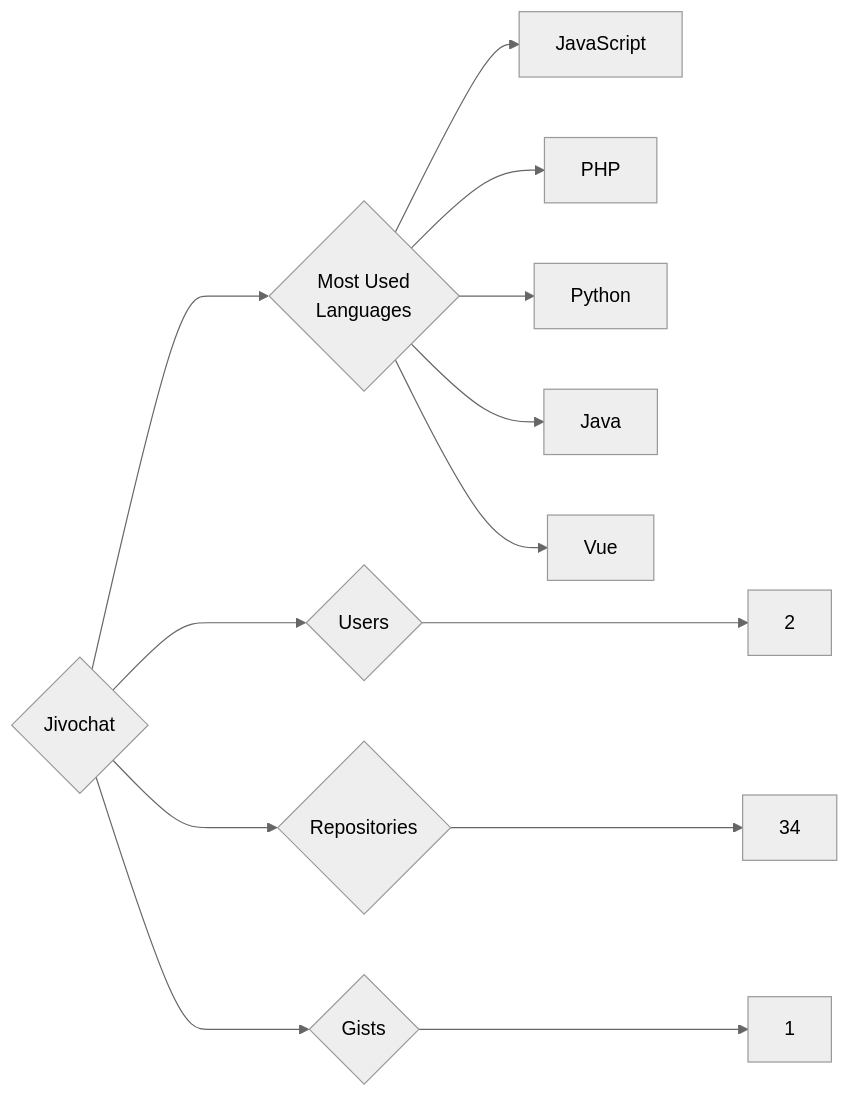
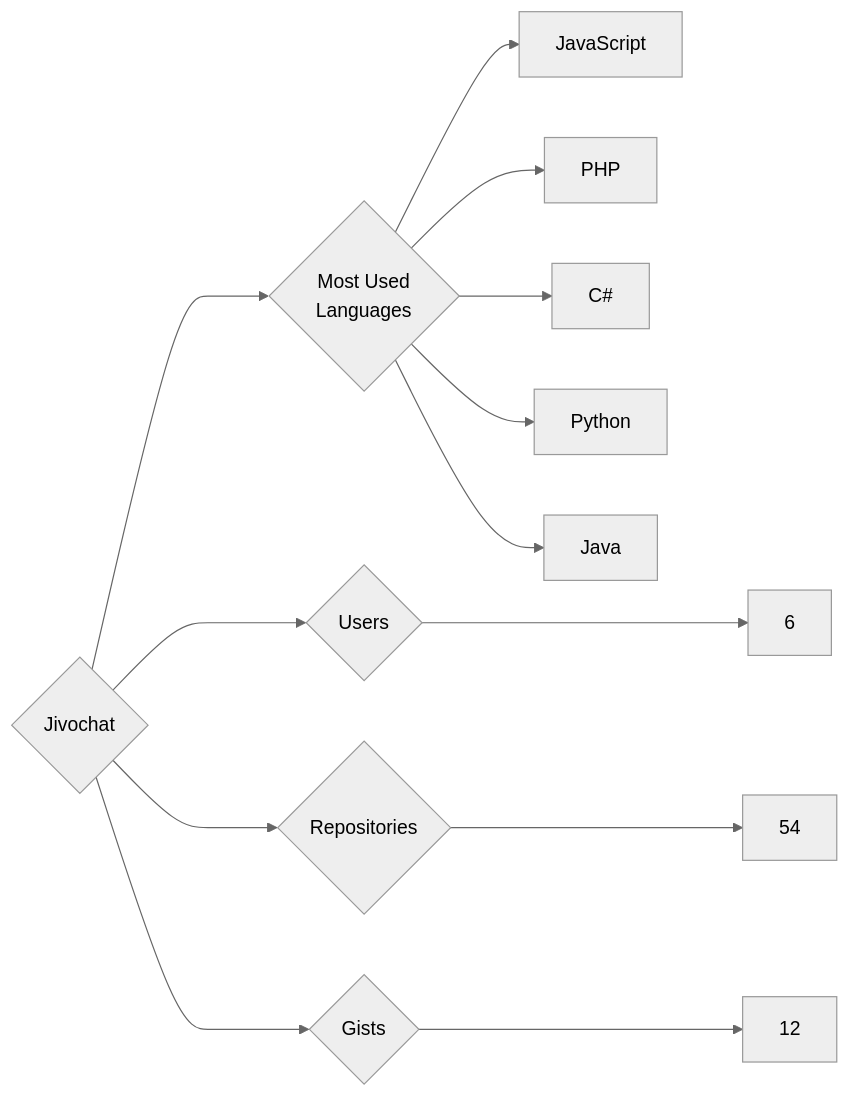
One commit to trickest/insiders changed the diagram in targets/Jivochat/README.md. Above: the diagram before and after it, drawn with Mermaid (neutral theme). The commit also changed 953 other files, not shown here.

````diff
--- a/targets/Jivochat/README.md
+++ b/targets/Jivochat/README.md
@@ -3,13 +3,13 @@
 ```mermaid
 graph LR
 COMPANY_NAME{Jivochat}
-COMPANY_NAME ---> U{Users} ---> UN[2]
-COMPANY_NAME ---> R{Repositories} ---> RN[34]
-COMPANY_NAME ---> G{Gists} ---> GN[1]
+COMPANY_NAME ---> U{Users} ---> UN[6]
+COMPANY_NAME ---> R{Repositories} ---> RN[54]
+COMPANY_NAME ---> G{Gists} ---> GN[12]
 COMPANY_NAME ---> ML{Most Used<br>Languages}
 ML --> JavaScript[JavaScript]
 ML --> PHP[PHP]
+ML --> C#[C#]
 ML --> Python[Python]
 ML --> Java[Java]
-ML --> Vue[Vue]
 ```
````
